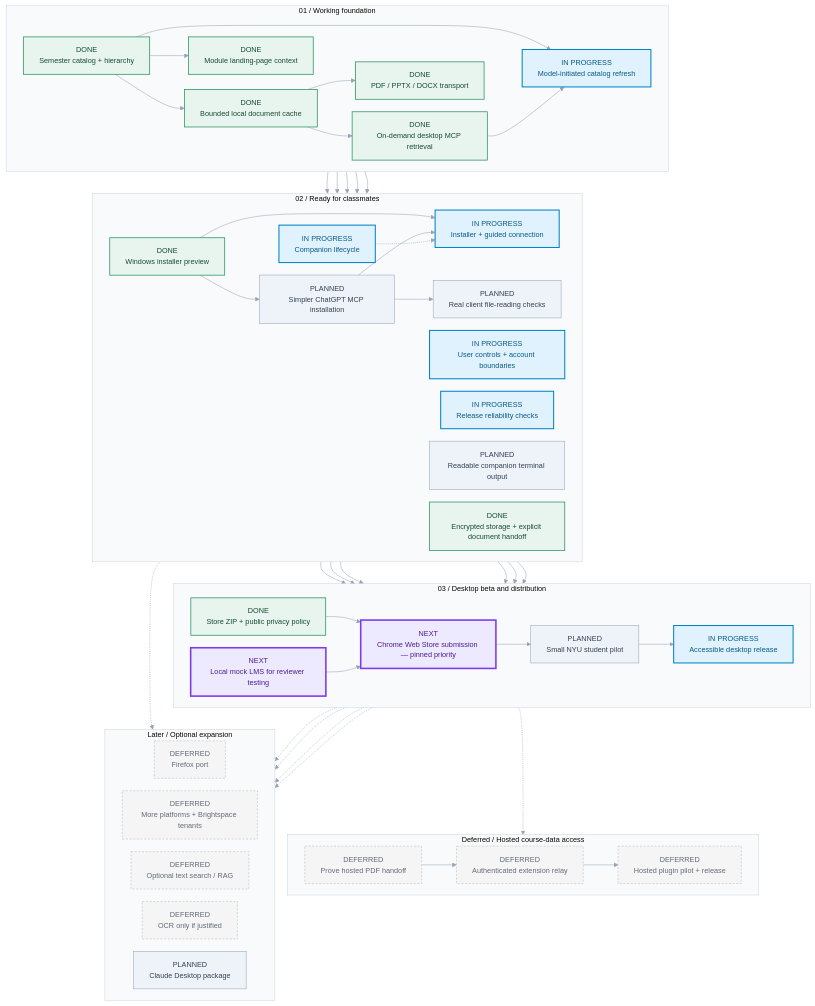
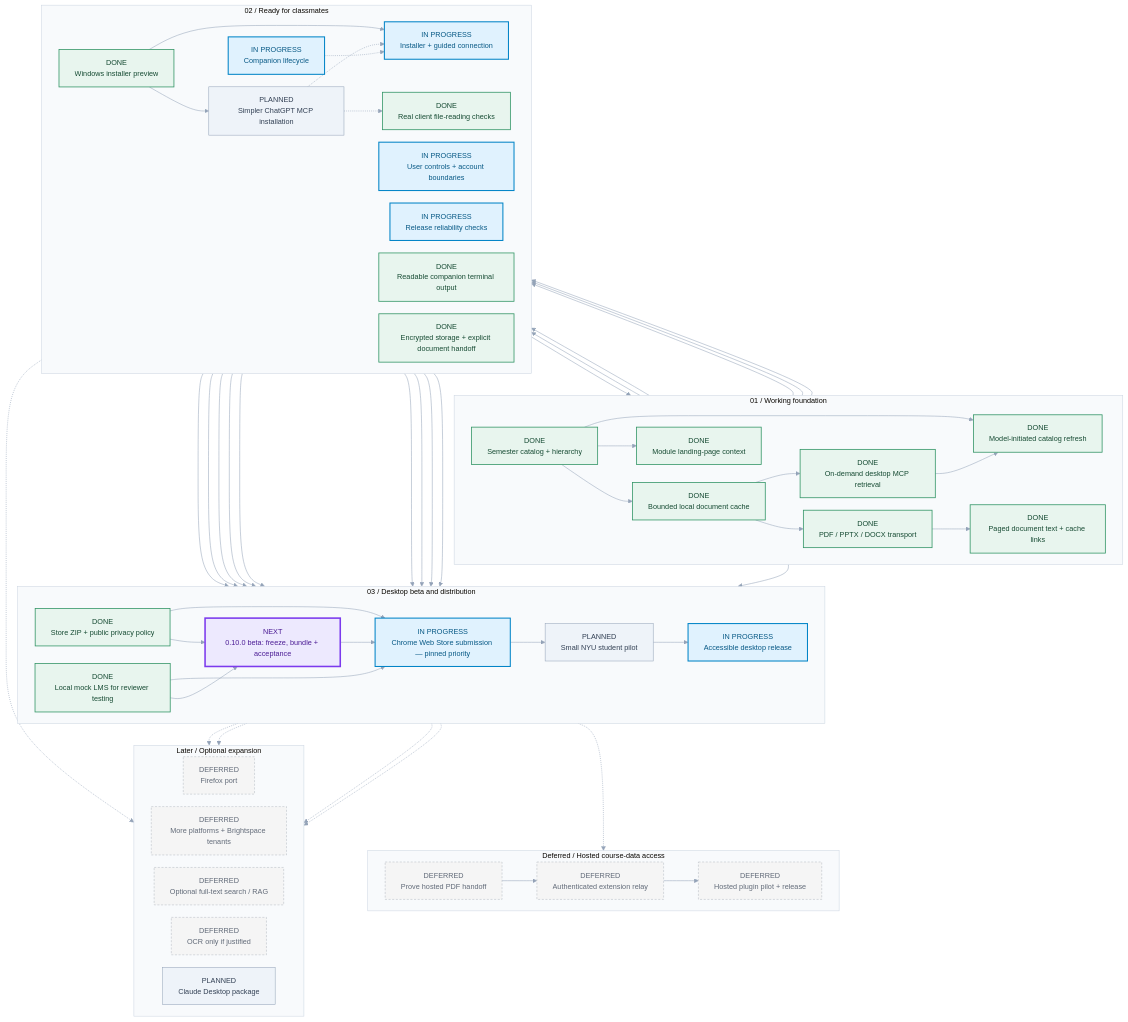
Before and after one commit to khin101wastaken/brightspace-context: the diagram in docs/roadmap.mmd, drawn with Mermaid. The commit also changed 4 other files, not shown here.

Commit message:
Record live document and semester-sync acceptance in the beta roadmap

```diff
--- a/docs/roadmap.mmd
+++ b/docs/roadmap.mmd
@@ -1,86 +1,97 @@
 %% Generated from roadmap.json. Edit the source, then run npm run roadmap.
 %%{init: {"theme":"base","themeVariables":{"fontFamily":"Segoe UI, system-ui, sans-serif","fontSize":"14px","lineColor":"#94a3b8","clusterBkg":"#f8fafc","clusterBorder":"#cbd5e1","primaryTextColor":"#0f172a"},"flowchart":{"curve":"basis","nodeSpacing":24,"rankSpacing":42,"htmlLabels":true}}}%%
 flowchart TB
   subgraph p_core["01 / Working foundation"]
     direction LR
     m_catalog["DONE<br/>Semester catalog + hierarchy"]:::done
     m_cache["DONE<br/>Bounded local document cache"]:::done
     m_retrieval["DONE<br/>On-demand desktop MCP retrieval"]:::done
-    m_catalog_sync["IN PROGRESS<br/>Model-initiated catalog refresh"]:::in_progress
+    m_catalog_sync["DONE<br/>Model-initiated catalog refresh"]:::done
     m_formats["DONE<br/>PDF / PPTX / DOCX transport"]:::done
     m_module_notes["DONE<br/>Module landing-page context"]:::done
+    m_document_text["DONE<br/>Paged document text + cache links"]:::done
   end
   subgraph p_readiness["02 / Ready for classmates"]
     direction LR
     m_lifecycle["IN PROGRESS<br/>Companion lifecycle"]:::in_progress
     m_onboarding["IN PROGRESS<br/>Installer + guided connection"]:::in_progress
     m_controls["IN PROGRESS<br/>User controls + account boundaries"]:::in_progress
     m_hardening["IN PROGRESS<br/>Release reliability checks"]:::in_progress
     m_installer["DONE<br/>Windows installer preview"]:::done
     m_mcp_install["PLANNED<br/>Simpler ChatGPT MCP installation"]:::planned
-    m_file_readers["PLANNED<br/>Real client file-reading checks"]:::planned
-    m_terminal_readability["PLANNED<br/>Readable companion terminal output"]:::planned
+    m_file_readers["DONE<br/>Real client file-reading checks"]:::done
+    m_terminal_readability["DONE<br/>Readable companion terminal output"]:::done
     m_encrypted_storage["DONE<br/>Encrypted storage + explicit document handoff"]:::done
   end
   subgraph p_release["03 / Desktop beta and distribution"]
     direction LR
     m_pilot["PLANNED<br/>Small NYU student pilot"]:::planned
     m_desktop_release["IN PROGRESS<br/>Accessible desktop release"]:::in_progress
     m_store_assets["DONE<br/>Store ZIP + public privacy policy"]:::done
-    m_store_listing["NEXT<br/>Chrome Web Store submission — pinned priority"]:::next
-    m_review_demo["NEXT<br/>Local mock LMS for reviewer testing"]:::next
+    m_beta_bundle["NEXT<br/>0.10.0 beta: freeze, bundle + acceptance"]:::next
+    m_store_listing["IN PROGRESS<br/>Chrome Web Store submission — pinned priority"]:::in_progress
+    m_review_demo["DONE<br/>Local mock LMS for reviewer testing"]:::done
   end
   subgraph p_web["Deferred / Hosted course-data access"]
     direction LR
     m_web_handoff["DEFERRED<br/>Prove hosted PDF handoff"]:::deferred
     m_remote_bridge["DEFERRED<br/>Authenticated extension relay"]:::deferred
     m_hosted_release["DEFERRED<br/>Hosted plugin pilot + release"]:::deferred
   end
   subgraph p_later["Later / Optional expansion"]
     direction LR
     m_firefox["DEFERRED<br/>Firefox port"]:::deferred
     m_platforms["DEFERRED<br/>More platforms + Brightspace tenants"]:::deferred
-    m_indexing["DEFERRED<br/>Optional text search / RAG"]:::deferred
+    m_indexing["DEFERRED<br/>Optional full-text search / RAG"]:::deferred
     m_ocr["DEFERRED<br/>OCR only if justified"]:::deferred
     m_claude["PLANNED<br/>Claude Desktop package"]:::planned
   end
   m_catalog --> m_cache
   m_cache --> m_retrieval
   m_retrieval --> m_lifecycle
   m_retrieval --> m_controls
   m_retrieval --> m_hardening
   m_onboarding --> m_pilot
   m_controls --> m_pilot
   m_hardening --> m_pilot
   m_pilot --> m_desktop_release
   m_desktop_release -.-> m_web_handoff
   m_web_handoff --> m_remote_bridge
   m_remote_bridge --> m_hosted_release
   m_desktop_release -.-> m_firefox
   m_desktop_release -.-> m_platforms
   m_desktop_release -.-> m_indexing
   m_desktop_release -.-> m_ocr
   m_catalog --> m_module_notes
   m_cache --> m_formats
   m_retrieval --> m_installer
   m_installer --> m_mcp_install
   m_installer --> m_onboarding
-  m_mcp_install --> m_onboarding
+  m_mcp_install -.-> m_onboarding
   m_lifecycle -.-> m_onboarding
   m_formats --> m_file_readers
-  m_mcp_install --> m_file_readers
+  m_mcp_install -.-> m_file_readers
   m_file_readers --> m_pilot
   m_installer --> m_store_assets
   m_store_assets --> m_store_listing
   m_store_listing --> m_pilot
   m_installer -.-> m_claude
   m_catalog --> m_catalog_sync
   m_retrieval --> m_catalog_sync
   m_encrypted_storage --> m_store_listing
   m_review_demo --> m_store_listing
+  m_formats --> m_document_text
+  m_encrypted_storage --> m_document_text
+  m_document_text --> m_beta_bundle
+  m_installer --> m_beta_bundle
+  m_review_demo --> m_beta_bundle
+  m_terminal_readability --> m_beta_bundle
+  m_store_assets --> m_beta_bundle
+  m_beta_bundle --> m_store_listing
+  m_file_readers --> m_beta_bundle
   classDef done fill:#e8f5ee,stroke:#319465,color:#164b33,stroke-width:1.5px;
   classDef in_progress fill:#e0f2fe,stroke:#0284c7,color:#075985,stroke-width:2px;
   classDef next fill:#ede9fe,stroke:#7c3aed,color:#4c1d95,stroke-width:3px;
   classDef planned fill:#eef3f9,stroke:#94a3b8,color:#334155,stroke-width:1px;
   classDef research fill:#fff4df,stroke:#d99a24,color:#783c0b,stroke-width:1.5px;
   classDef deferred fill:#f5f5f5,stroke:#b4b9c2,color:#626b79,stroke-dasharray:4 3;
```
